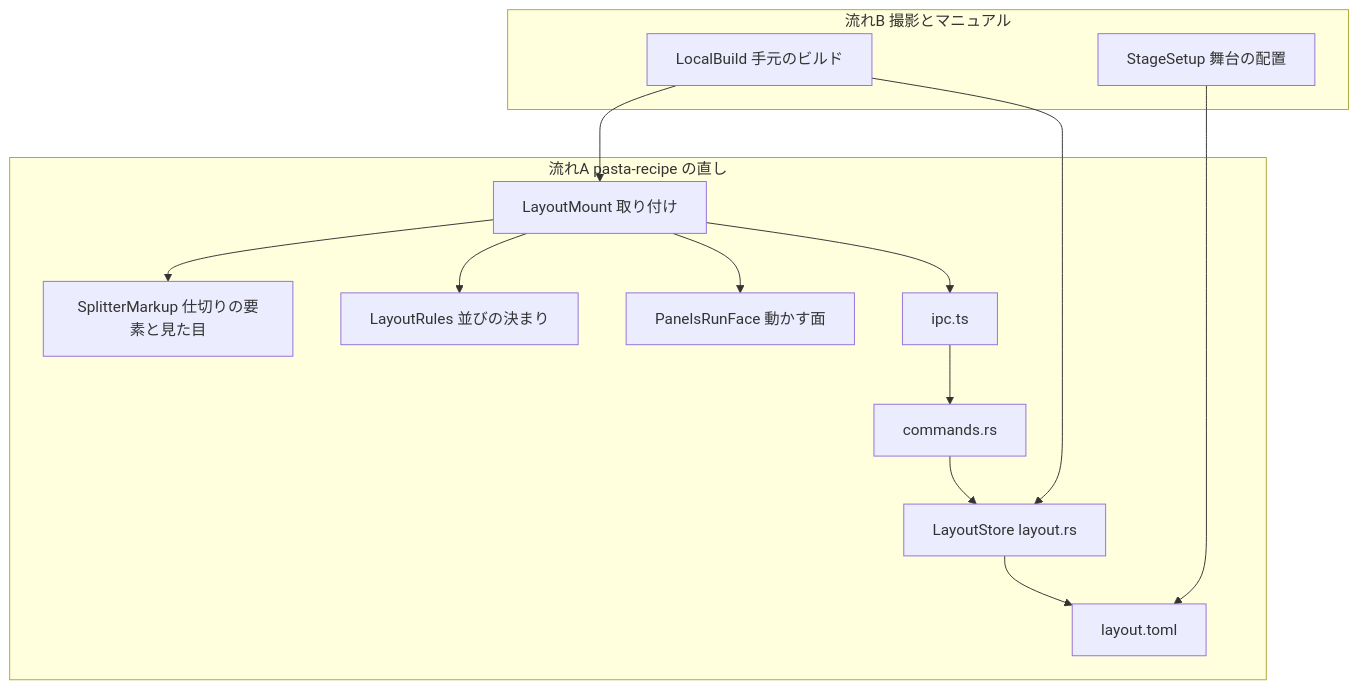
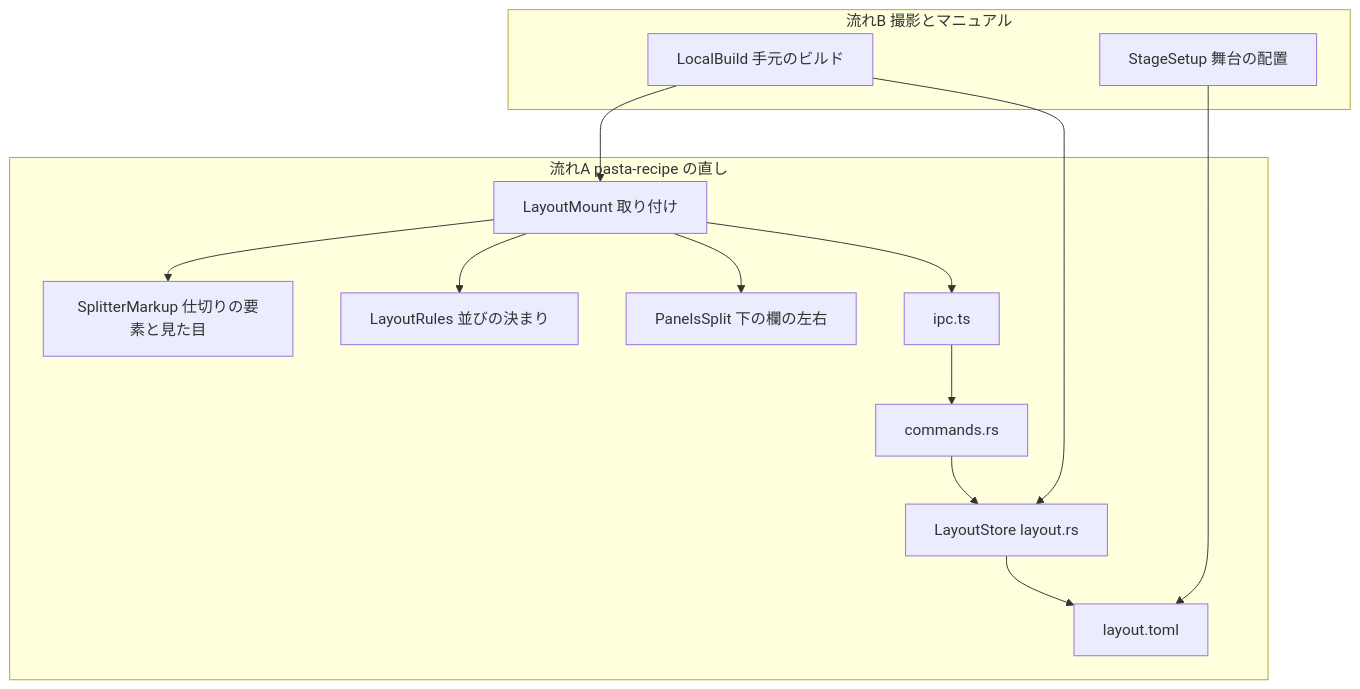
Before and after one commit to ekicyou/pasta: the first of 2 diagrams in .kiro/specs/recipe-demo-video/design.md, drawn with Mermaid. The commit also changed other lines of this file and 2 other files, not shown here.

````diff
--- a/.kiro/specs/recipe-demo-video/design.md
+++ b/.kiro/specs/recipe-demo-video/design.md
@@ -76,27 +76,27 @@
 ```mermaid
 graph TB
     subgraph StreamA[流れA pasta-recipe の直し]
         Markup[SplitterMarkup 仕切りの要素と見た目]
         Rules[LayoutRules 並びの決まり]
         Mount[LayoutMount 取り付け]
-        RunFace[PanelsRunFace 動かす面]
+        PanelsSplit[PanelsSplit 下の欄の左右]
         Ipc[ipc.ts]
         Cmd[commands.rs]
         Store[LayoutStore layout.rs]
         File[layout.toml]
     end
     subgraph StreamB[流れB 撮影とマニュアル]
         Stage[StageSetup 舞台の配置]
         Exe[LocalBuild 手元のビルド]
     end
     Mount --> Rules
-    Mount --> RunFace
+    Mount --> PanelsSplit
     Mount --> Markup
     Mount --> Ipc
     Ipc --> Cmd
     Cmd --> Store
     Store --> File
     Stage --> File
     Exe --> Mount
     Exe --> Store
 ```
````
